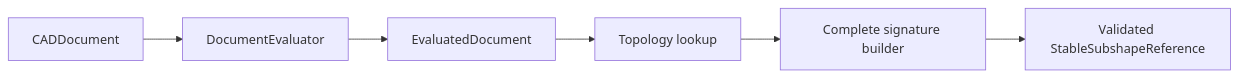
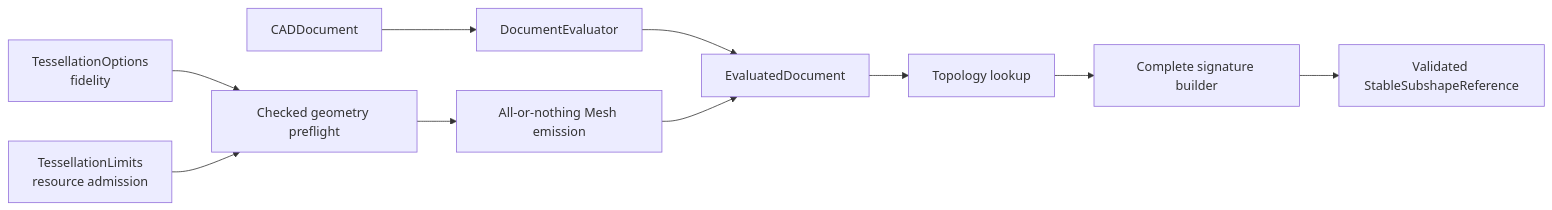
Before and after one commit to 1amageek/swift-CAD: the diagram in Sources/CADKernel/DESIGN.md, drawn with Mermaid. The commit also changed other lines of this file and 2 other files, not shown here.

Commit message:
Define bounded tessellation contracts

````diff
--- a/Sources/CADKernel/DESIGN.md
+++ b/Sources/CADKernel/DESIGN.md
@@ -28,8 +32,12 @@
 ```mermaid
 flowchart LR
     Document["CADDocument"] --> Evaluate["DocumentEvaluator"]
     Evaluate --> Snapshot["EvaluatedDocument"]
     Snapshot --> Lookup["Topology lookup"]
     Lookup --> Builder["Complete signature builder"]
     Builder --> Reference["Validated StableSubshapeReference"]
+    Options["TessellationOptions\nfidelity"] --> Preflight["Checked geometry preflight"]
+    Limits["TessellationLimits\nresource admission"] --> Preflight
+    Preflight --> Emit["All-or-nothing Mesh emission"]
+    Emit --> Snapshot
 ```
````
